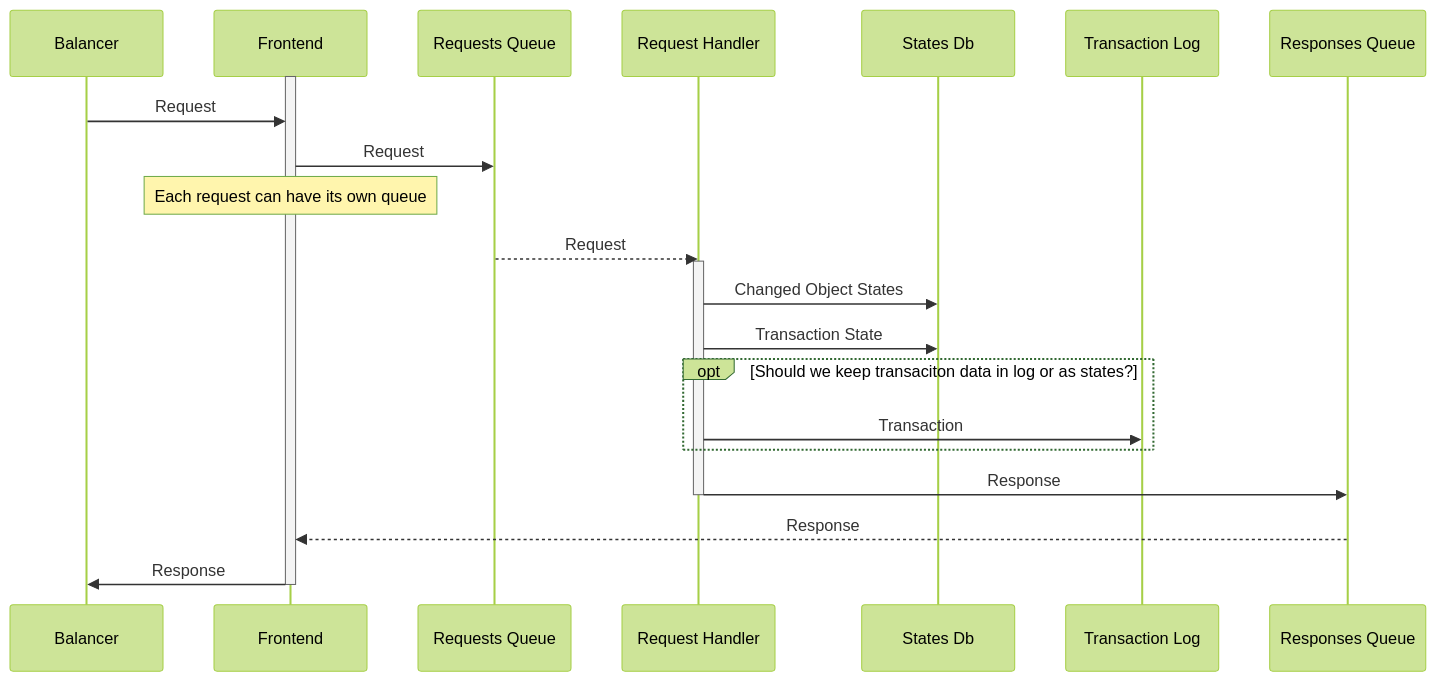
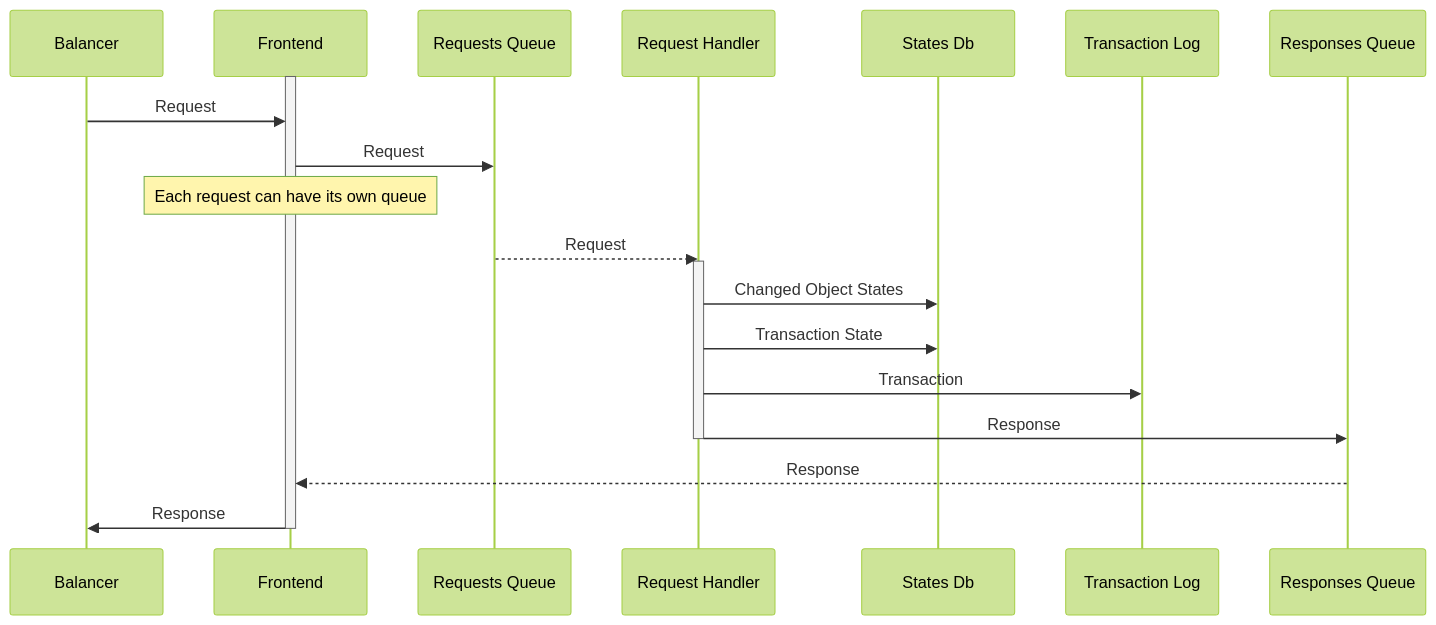
The diagram in Scenarious.md (atomicity4j/atomicity4j-docs), drawn with Mermaid (forest theme) before and after one commit. The commit also changed other lines of this file, not shown here.

````diff
--- a/Scenarious.md
+++ b/Scenarious.md
@@ -5,20 +5,18 @@
 ```mermaid
 sequenceDiagram
 
   activate Frontend
   Balancer->>Frontend: Request
   Frontend->>Requests Queue: Request
   Note over Frontend: Each request can have its own queue
   Requests Queue-->>Request Handler: Request
   activate Request Handler
   Request Handler->>States Db: Changed Object States
   Request Handler->>States Db: Transaction State
-  opt Should we keep transaciton data in log or as states?
-      Request Handler->> Transaction Log: Transaction
-  end
+  Request Handler->> Transaction Log: Transaction
   Request Handler->>Responses Queue: Response
   deactivate Request Handler
   Responses Queue-->> Frontend: Response
   Frontend->>Balancer: Response
   deactivate Frontend
 ```
````
